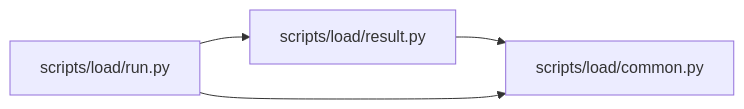
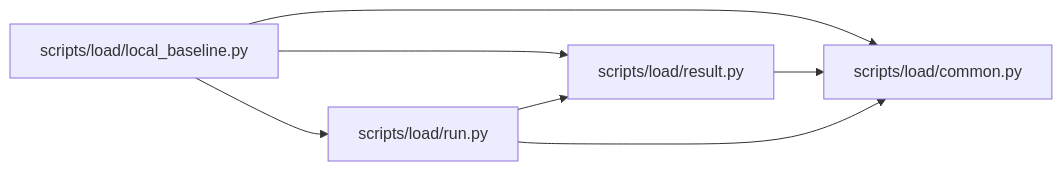
Before and after one commit to Denissvgn/WorkChord: the diagram in docs/llm_wiki/modules/run.md, drawn with Mermaid. The commit also changed other lines of this file and 2509 other files, not shown here.

````diff
--- a/docs/llm_wiki/modules/run.md
+++ b/docs/llm_wiki/modules/run.md
@@ -41,12 +41,17 @@
 ```mermaid
 flowchart LR
     n0["scripts/load/common.py"]
-    n1["scripts/load/result.py"]
-    n2["scripts/load/run.py"]
+    n1["scripts/load/local_baseline.py"]
+    n2["scripts/load/result.py"]
+    n3["scripts/load/run.py"]
     n1 --> n0
+    n1 --> n2
+    n1 --> n3
     n2 --> n0
-    n2 --> n1
+    n3 --> n0
+    n3 --> n2
     click n0 "../modules/load_common.md"
-    click n1 "../modules/result.md"
-    click n2 "../modules/run.md"
+    click n1 "../modules/local_baseline.md"
+    click n2 "../modules/result.md"
+    click n3 "../modules/run.md"
 ```
````
